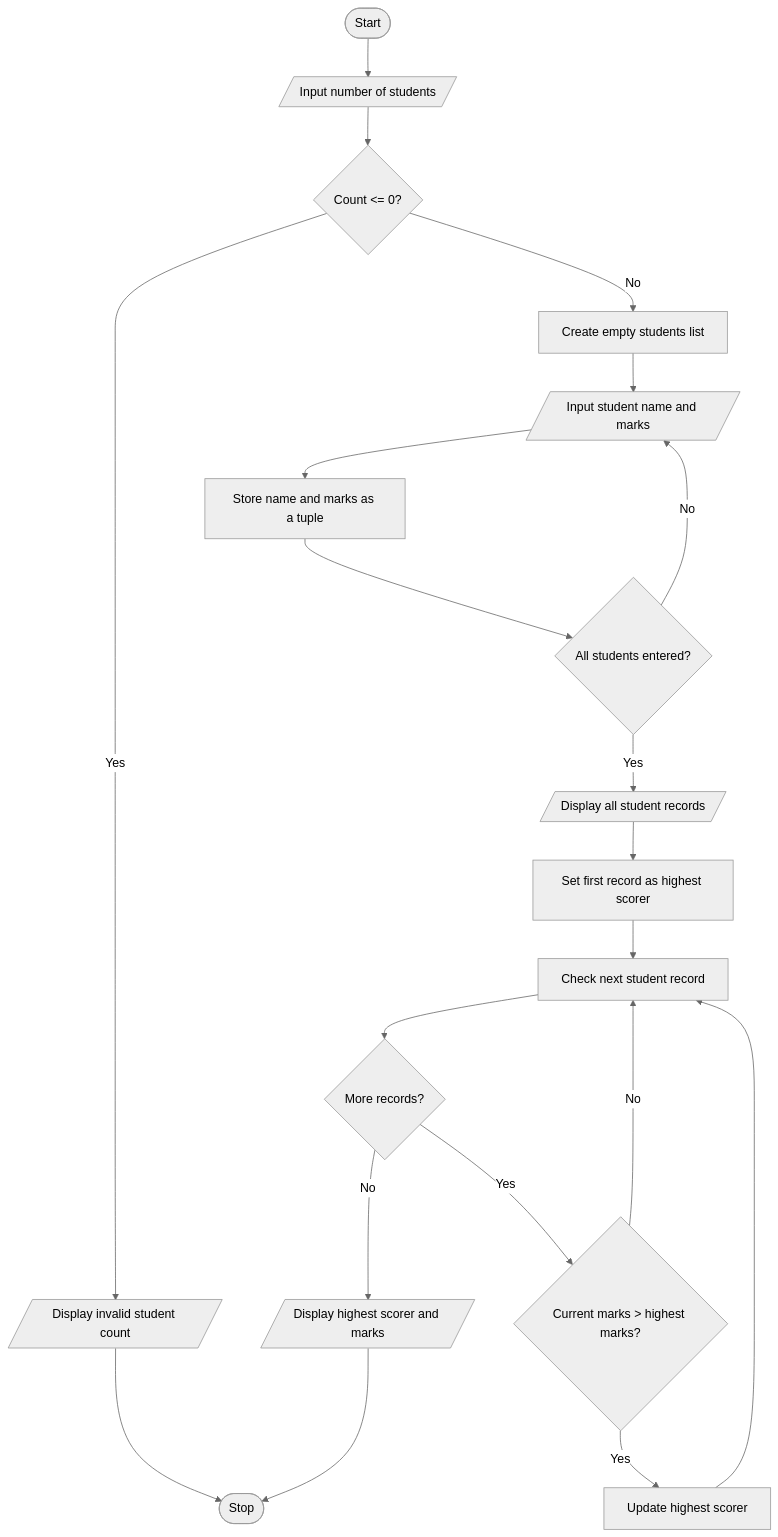
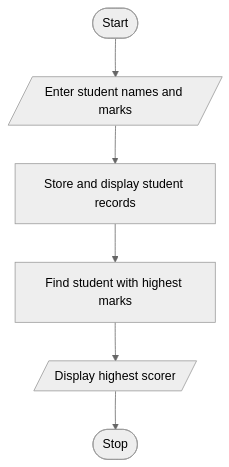
Before and after one commit to shaikishaa59-lab/ABL-PYTHON-: the diagram in 10_Student_Records/algorithm_flowchart.md, drawn with Mermaid (neutral theme). The commit also changed other lines of this file, not shown here.

Commit message:
Simplify flowchart for Student Records

````diff
--- a/10_Student_Records/algorithm_flowchart.md
+++ b/10_Student_Records/algorithm_flowchart.md
@@ -15,22 +3,8 @@
 ```mermaid
 flowchart TD
- A([Start]) --> B[/Input number of students/]
- B --> C{Count <= 0?}
- C -- Yes --> D[/Display invalid student count/]
- C -- No --> E[Create empty students list]
- E --> F[/Input student name and marks/]
- F --> G[Store name and marks as a tuple]
- G --> H{All students entered?}
- H -- No --> F
- H -- Yes --> I[/Display all student records/]
- I --> J[Set first record as highest scorer]
- J --> K[Check next student record]
- K --> L{More records?}
- L -- No --> M[/Display highest scorer and marks/]
- L -- Yes --> N{Current marks > highest marks?}
- N -- Yes --> O[Update highest scorer]
- N -- No --> K
- O --> K
- D --> P([Stop])
- M --> P
+ A([Start]) --> B[/Enter student names and marks/]
+ B --> C[Store and display student records]
+ C --> D[Find student with highest marks]
+ D --> E[/Display highest scorer/]
+ E --> F([Stop])
 ```
````
